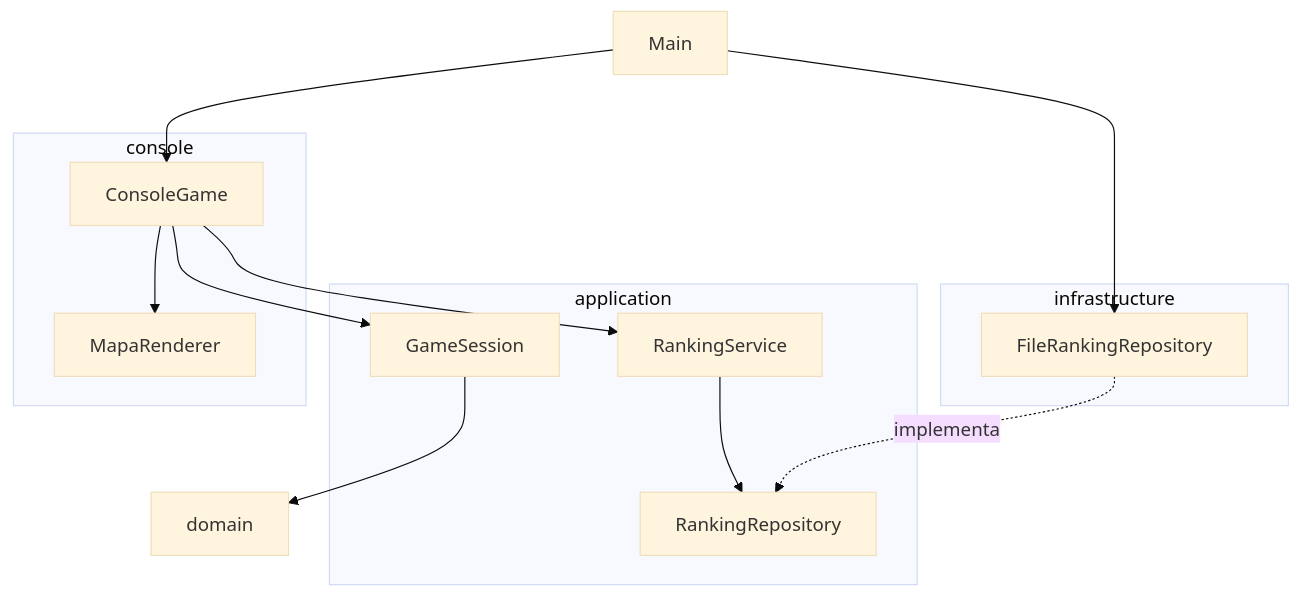
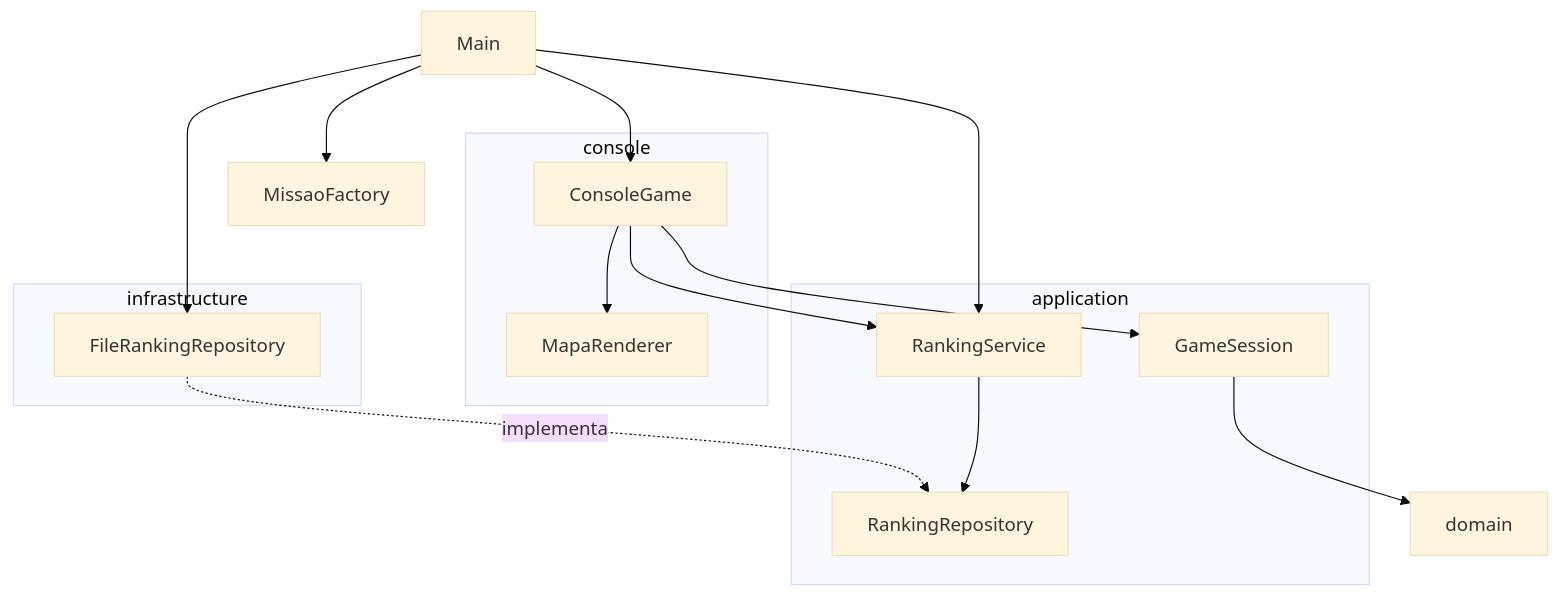
One commit to pinheiro-code/missao-marte-projeto-integrador changed the first of 2 diagrams in fases/fase-03-libgdx/docs/tutorial.md. Above: the diagram before and after it, drawn with Mermaid (base theme). The commit also changed other lines of this file and 4 other files, not shown here.

````diff
--- a/fases/fase-03-libgdx/docs/tutorial.md
+++ b/fases/fase-03-libgdx/docs/tutorial.md
@@ -39,23 +39,25 @@
 ```mermaid
 flowchart TD
     Main --> ConsoleGame
     Main --> FileRankingRepository
+    Main --> RankingService
+    Main --> MissaoFactory
     ConsoleGame --> MapaRenderer
     ConsoleGame --> GameSession
     ConsoleGame --> RankingService
     GameSession --> domain
     RankingService --> RankingRepository
     FileRankingRepository -. implementa .-> RankingRepository
     subgraph console
         ConsoleGame
         MapaRenderer
     end
     subgraph application
         GameSession
         RankingService
         RankingRepository
     end
     subgraph infrastructure
         FileRankingRepository
     end
 ```
````
